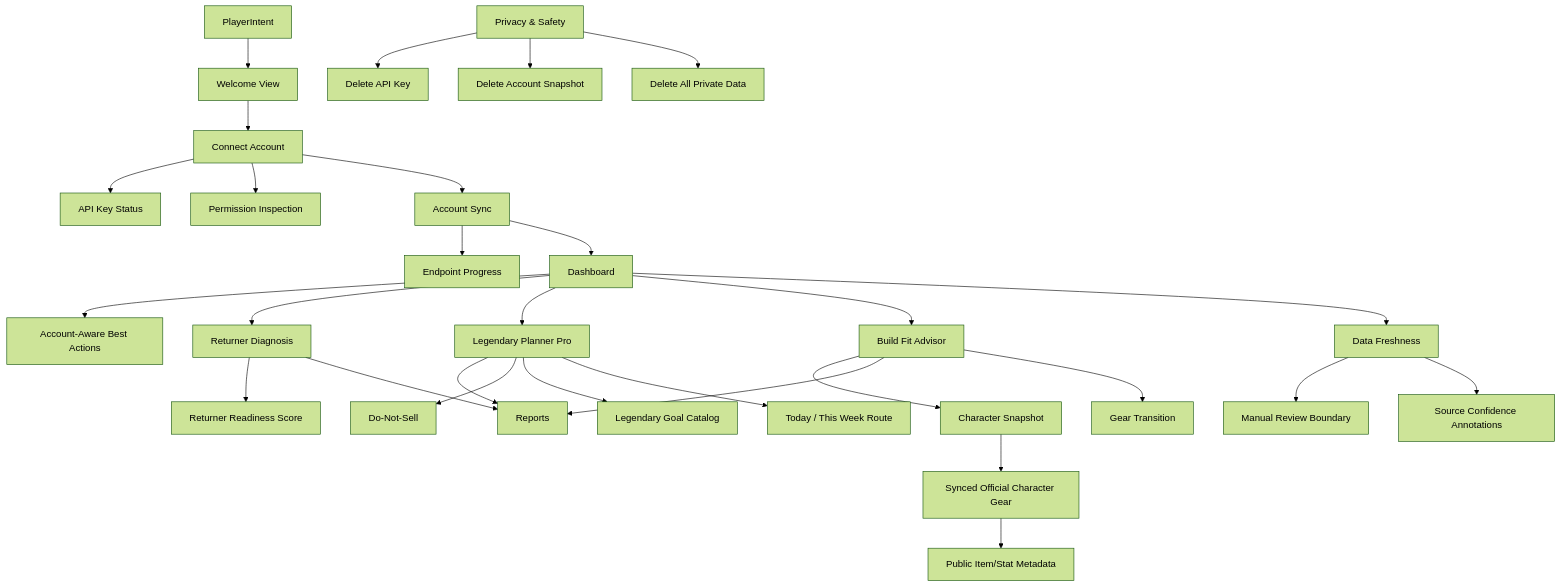
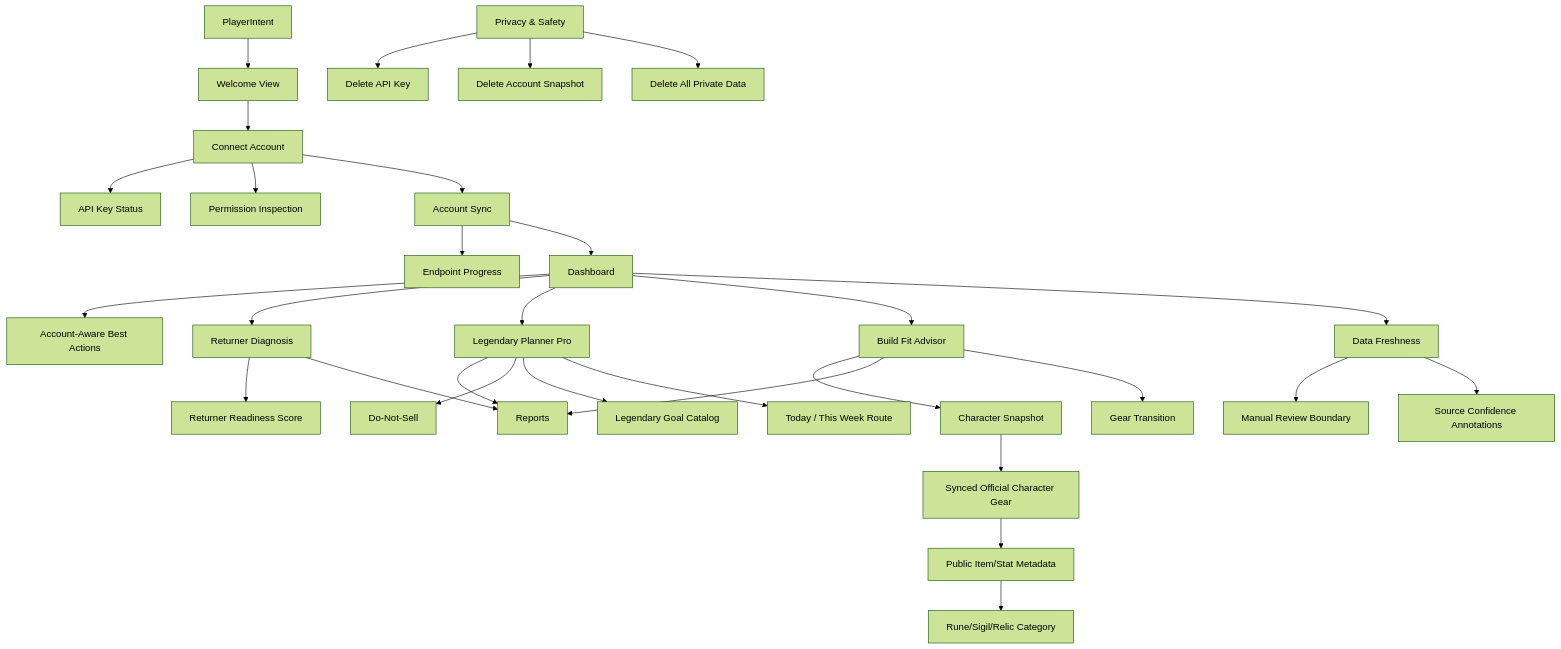
One commit to johnslee1207-commits/gw2radar changed the diagram in docs/ui/PLAYER_UI_SEMANTIC_GRAPH_AUDIT.md. Above: the diagram before and after it, drawn with Mermaid (forest theme). The commit also changed other lines of this file and 5 other files, not shown here.

````diff
--- a/docs/ui/PLAYER_UI_SEMANTIC_GRAPH_AUDIT.md
+++ b/docs/ui/PLAYER_UI_SEMANTIC_GRAPH_AUDIT.md
@@ -9,31 +9,32 @@
 ```mermaid
 graph TD
   PlayerIntent["PlayerIntent"] --> Welcome["Welcome View"]
   Welcome --> Connect["Connect Account"]
   Connect --> AccountKey["API Key Status"]
   Connect --> PermissionInspection["Permission Inspection"]
   Connect --> AccountSync["Account Sync"]
   AccountSync --> EndpointProgress["Endpoint Progress"]
   AccountSync --> Dashboard["Dashboard"]
   Dashboard --> BestActions["Account-Aware Best Actions"]
   Dashboard --> Returner["Returner Diagnosis"]
   Returner --> ReturnerReadiness["Returner Readiness Score"]
   Dashboard --> Legendary["Legendary Planner Pro"]
   Dashboard --> BuildFit["Build Fit Advisor"]
   BuildFit --> CharacterSnapshot["Character Snapshot"]
   CharacterSnapshot --> SyncedCharacterGear["Synced Official Character Gear"]
   SyncedCharacterGear --> PublicItemMetadata["Public Item/Stat Metadata"]
+  PublicItemMetadata --> GearSemanticCategory["Rune/Sigil/Relic Category"]
   Dashboard --> Freshness["Data Freshness"]
   Returner --> ReportCenter["Reports"]
   Legendary --> ReportCenter
   BuildFit --> ReportCenter
   Legendary --> DoNotSell["Do-Not-Sell"]
   Legendary --> LegendaryGoalCatalog["Legendary Goal Catalog"]
   Legendary --> LegendaryWeeklyRoute["Today / This Week Route"]
   BuildFit --> GearTransition["Gear Transition"]
   Freshness --> SafetyBoundary["Manual Review Boundary"]
   Freshness --> SourceConfidence["Source Confidence Annotations"]
   Privacy["Privacy & Safety"] --> DeleteKey["Delete API Key"]
   Privacy --> DeleteSnapshot["Delete Account Snapshot"]
   Privacy --> DeleteAllPrivate["Delete All Private Data"]
 ```
````
